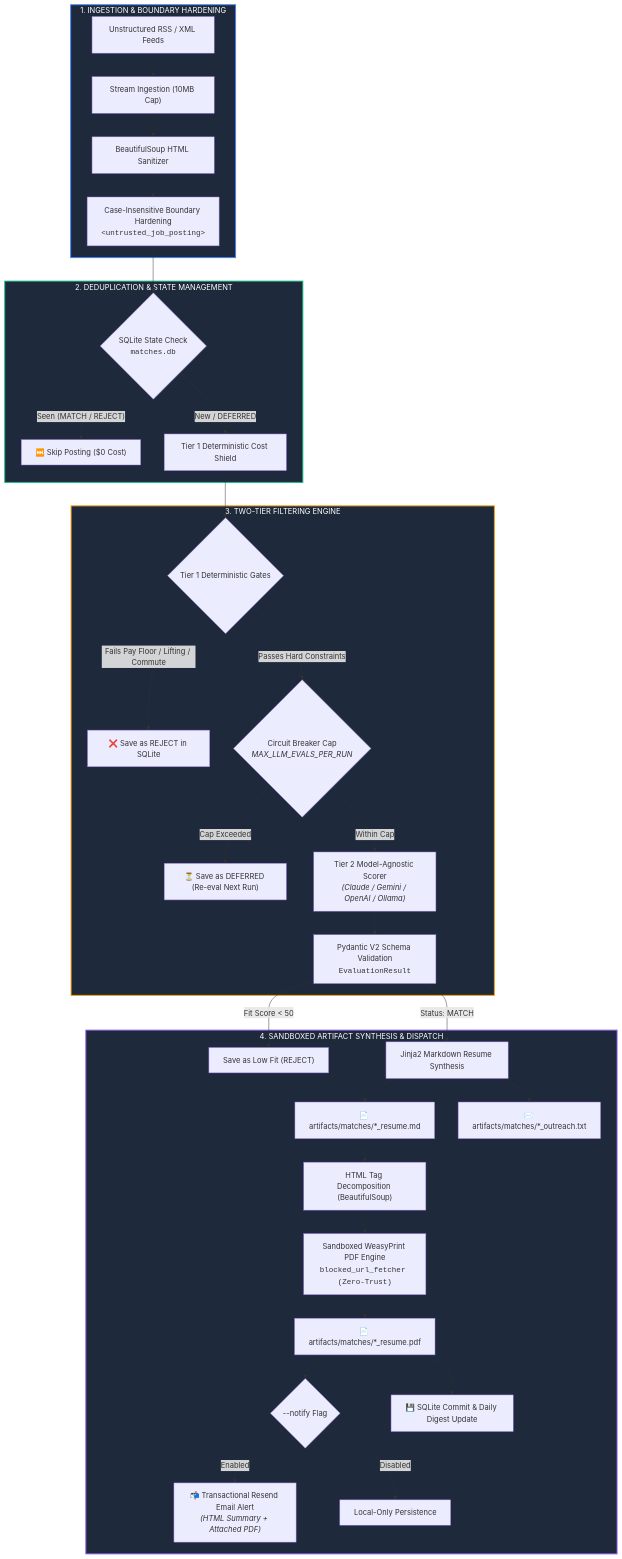
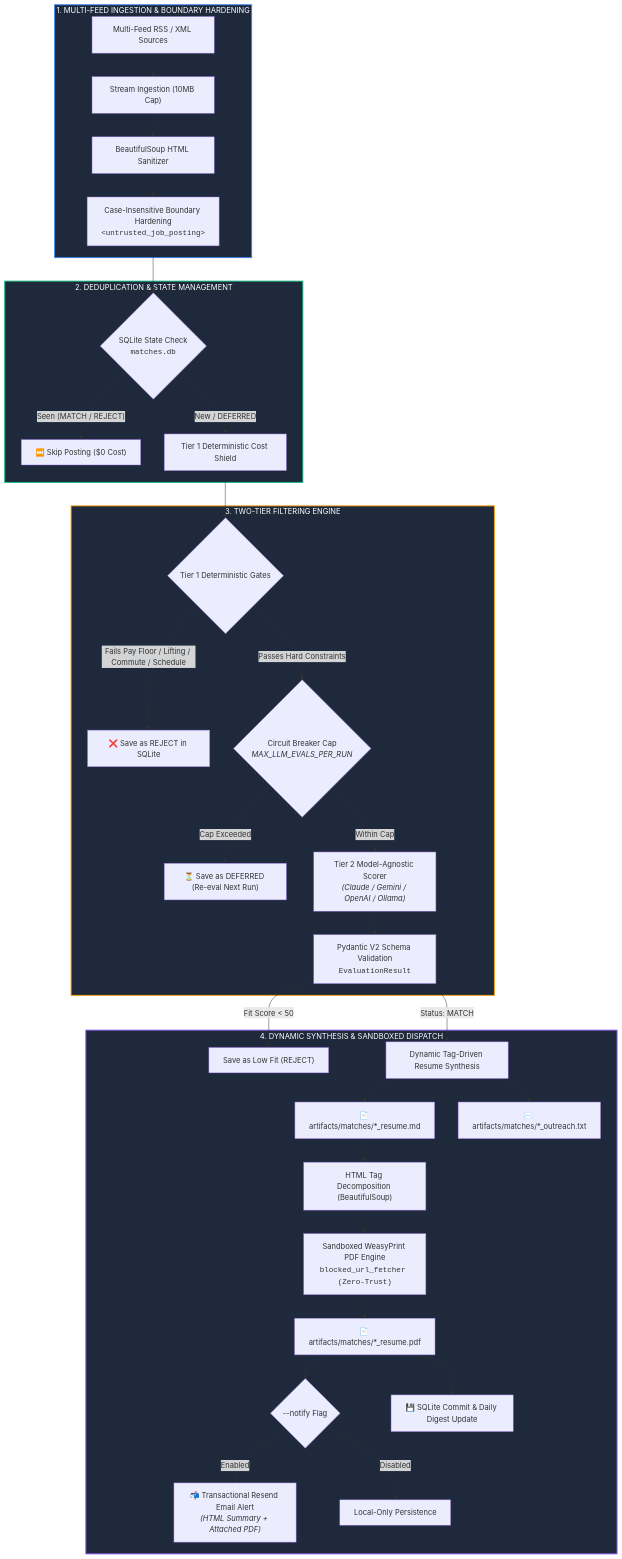
The diagram in README.md (ddgiovinazzo/beacon-ai), drawn with Mermaid before and after one commit. The commit also changed other lines of this file, not shown here.

````diff
--- a/README.md
+++ b/README.md
@@ -59,42 +59,42 @@
 ```mermaid
 flowchart TD
-    subgraph S1["1. INGESTION & BOUNDARY HARDENING"]
-        A["Unstructured RSS / XML Feeds"] --> B["Stream Ingestion (10MB Cap)"]
+    subgraph S1["1. MULTI-FEED INGESTION & BOUNDARY HARDENING"]
+        A["Multi-Feed RSS / XML Sources"] --> B["Stream Ingestion (10MB Cap)"]
         B --> C["BeautifulSoup HTML Sanitizer"]
         C --> D["Case-Insensitive Boundary Hardening<br/><code>&lt;untrusted_job_posting&gt;</code>"]
     end
 
     subgraph S2["2. DEDUPLICATION & STATE MANAGEMENT"]
         D --> E{"SQLite State Check<br/><code>matches.db</code>"}
         E -- "Seen (MATCH / REJECT)" --> F["⏭️ Skip Posting ($0 Cost)"]
         E -- "New / DEFERRED" --> G["Tier 1 Deterministic Cost Shield"]
     end
 
     subgraph S3["3. TWO-TIER FILTERING ENGINE"]
         G --> H{"Tier 1 Deterministic Gates"}
-        H -- "Fails Pay Floor / Lifting / Commute" --> I["❌ Save as REJECT in SQLite"]
+        H -- "Fails Pay Floor / Lifting / Commute / Schedule" --> I["❌ Save as REJECT in SQLite"]
         H -- "Passes Hard Constraints" --> J{"Circuit Breaker Cap<br/><i>MAX_LLM_EVALS_PER_RUN</i>"}
         J -- "Cap Exceeded" --> K["⏳ Save as DEFERRED (Re-eval Next Run)"]
         J -- "Within Cap" --> L["Tier 2 Model-Agnostic Scorer<br/><i>(Claude / Gemini / OpenAI / Ollama)</i>"]
         L --> M["Pydantic V2 Schema Validation<br/><code>EvaluationResult</code>"]
     end
 
-    subgraph S4["4. SANDBOXED ARTIFACT SYNTHESIS & DISPATCH"]
+    subgraph S4["4. DYNAMIC SYNTHESIS & SANDBOXED DISPATCH"]
         M -- "Fit Score < 50" --> N["Save as Low Fit (REJECT)"]
-        M -- "Status: MATCH" --> O["Jinja2 Markdown Resume Synthesis"]
+        M -- "Status: MATCH" --> O["Dynamic Tag-Driven Resume Synthesis"]
         O --> P["📄 artifacts/matches/*_resume.md"]
         O --> Q["✉️ artifacts/matches/*_outreach.txt"]
         P --> R["HTML Tag Decomposition (BeautifulSoup)"]
         R --> S["Sandboxed WeasyPrint PDF Engine<br/><code>blocked_url_fetcher (Zero-Trust)</code>"]
         S --> T["📄 artifacts/matches/*_resume.pdf"]
         T --> U{"--notify Flag"}
         U -- "Enabled" --> V["📬 Transactional Resend Email Alert<br/><i>(HTML Summary + Attached PDF)</i>"]
         U -- "Disabled" --> W["Local-Only Persistence"]
         T --> X["💾 SQLite Commit & Daily Digest Update"]
     end
 
     style S1 fill:#1e293b,stroke:#3b82f6,stroke-width:2px,color:#fff
     style S2 fill:#1e293b,stroke:#10b981,stroke-width:2px,color:#fff
     style S3 fill:#1e293b,stroke:#f59e0b,stroke-width:2px,color:#fff
     style S4 fill:#1e293b,stroke:#8b5cf6,stroke-width:2px,color:#fff
 ```
````
